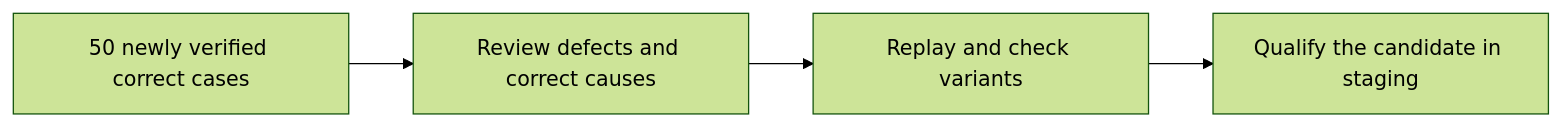
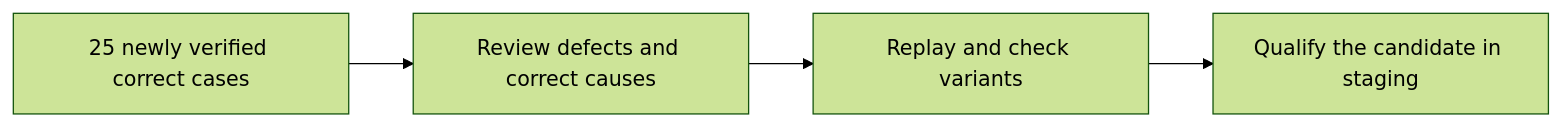
One commit to EG2025-lab/sophia-pharmacy changed the second of 3 diagrams in docs/TESTING.md. Above: the diagram before and after it, drawn with Mermaid (forest theme). The commit also changed other lines of this file and 4 other files, not shown here.

````diff
--- a/docs/TESTING.md
+++ b/docs/TESTING.md
@@ -18,6 +18,6 @@
 ```mermaid
 flowchart LR
-    verified[50 newly verified correct cases] --> causes[Review defects and correct causes]
+    verified[25 newly verified correct cases] --> causes[Review defects and correct causes]
     causes --> variants[Replay and check variants]
     variants --> staging[Qualify the candidate in staging]
 ```
````
